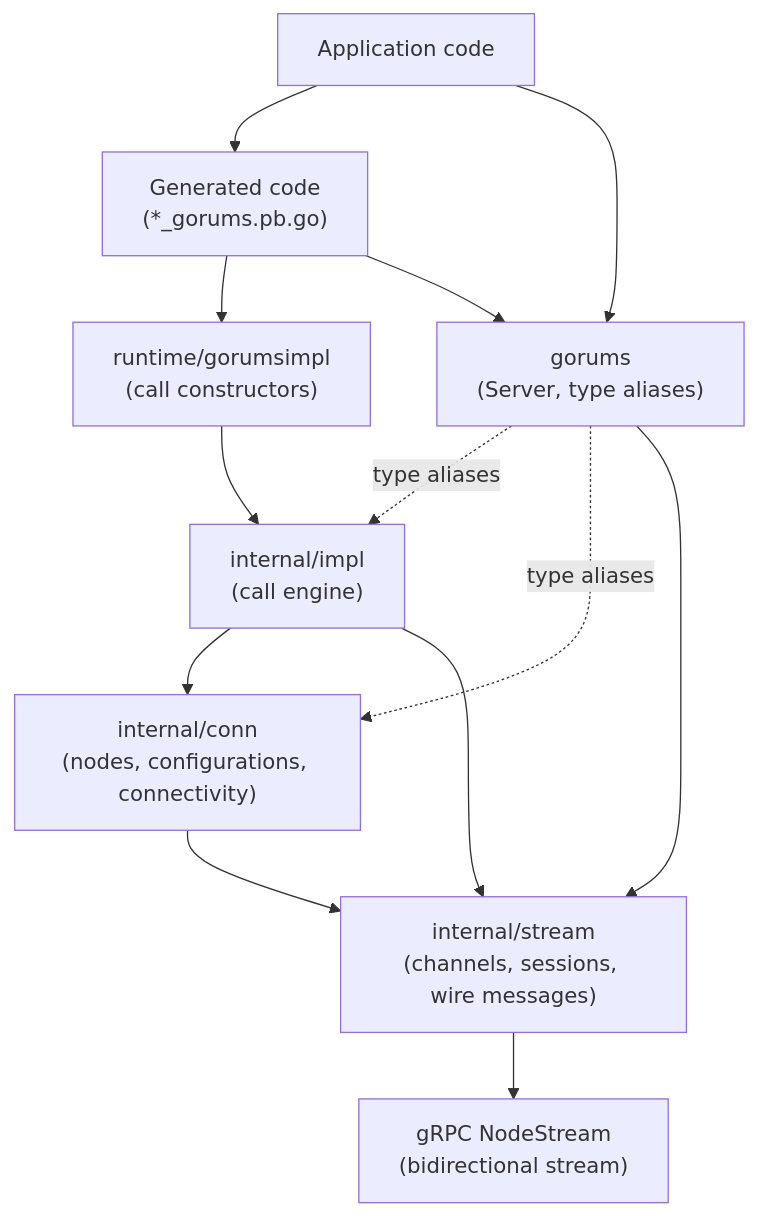
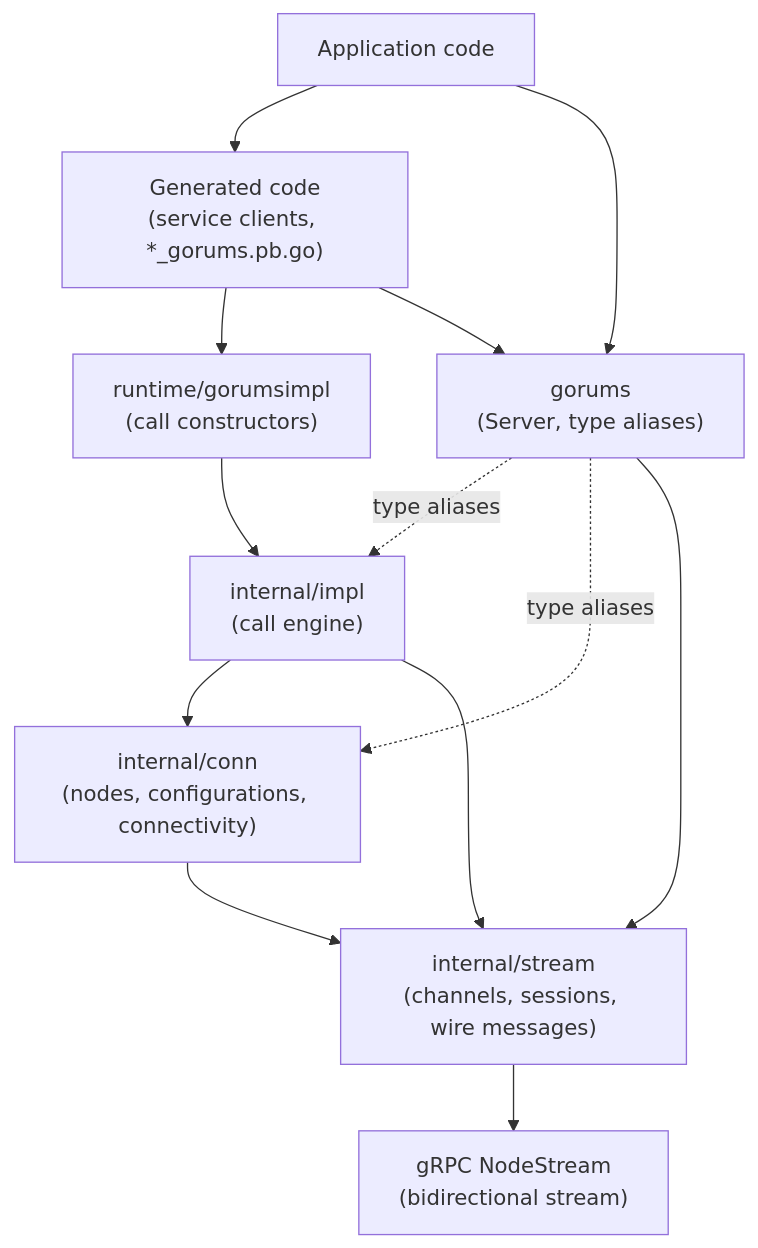
Before and after one commit to relab/gorums: the second of 10 diagrams in doc/dev-guide.md, drawn with Mermaid. The commit also changed other lines of this file and 5 other files, not shown here.

First line of the commit message:
doc: describe generated service clients

````diff
--- a/doc/dev-guide.md
+++ b/doc/dev-guide.md
@@ -183,24 +227,24 @@
 ```mermaid
 flowchart TD
     app["Application code"]
-    gen["Generated code<br/>(*_gorums.pb.go)"]
+    gen["Generated code<br/>(service clients, *_gorums.pb.go)"]
     gorums["gorums<br/>(Server, type aliases)"]
     gorumsimpl["runtime/gorumsimpl<br/>(call constructors)"]
     impl["internal/impl<br/>(call engine)"]
     conn["internal/conn<br/>(nodes, configurations, connectivity)"]
     stream["internal/stream<br/>(channels, sessions, wire messages)"]
     grpc["gRPC NodeStream<br/>(bidirectional stream)"]
 
     app --> gen
     app --> gorums
     gen --> gorumsimpl
     gen --> gorums
     gorumsimpl --> impl
     gorums -. "type aliases" .-> impl
     gorums -. "type aliases" .-> conn
     gorums --> stream
     impl --> conn
     impl --> stream
     conn --> stream
     stream --> grpc
 ```
````
